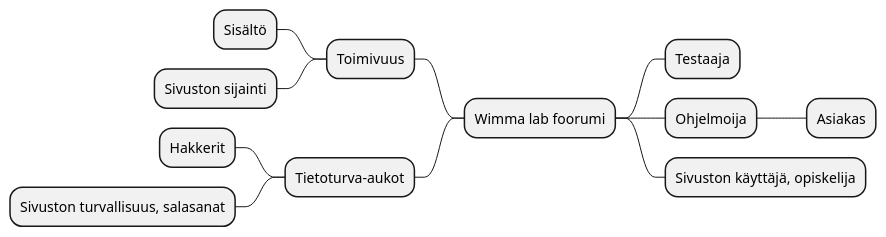
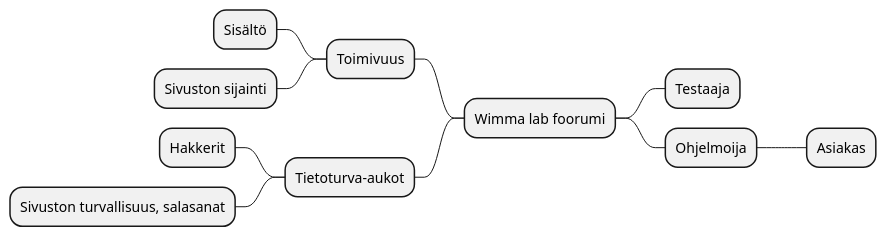
One commit to Pipe80/Projekti-ja-k-yt-neteet-kurssi changed the first of 5 diagrams in dokumentit/20-Vaatimustenhallinta/vaatimusmaaritely-tiivis.md. Above: the diagram before and after it, drawn with PlantUML.

````diff
--- a/dokumentit/20-Vaatimustenhallinta/vaatimusmaaritely-tiivis.md
+++ b/dokumentit/20-Vaatimustenhallinta/vaatimusmaaritely-tiivis.md
@@ -23,15 +23,14 @@
 ```plantuml
 @startmindmap
 + Wimma lab foorumi
 ++ Testaaja
 ++ Ohjelmoija
 +++ Asiakas
-++ Sivuston käyttäjä, opiskelija
 -- Toimivuus
 --- Sisältö
 --- Sivuston sijainti
 -- Tietoturva-aukot
 --- Hakkerit
 --- Sivuston turvallisuus, salasanat
 @endmindmap
 ```
````
